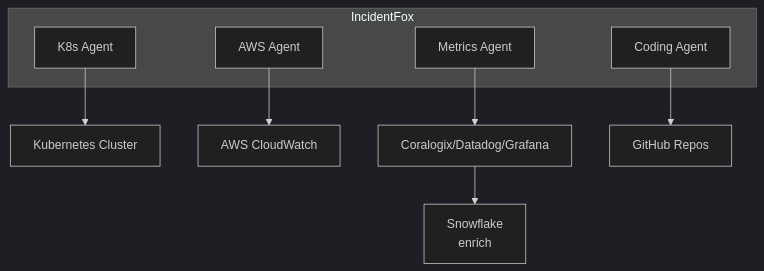
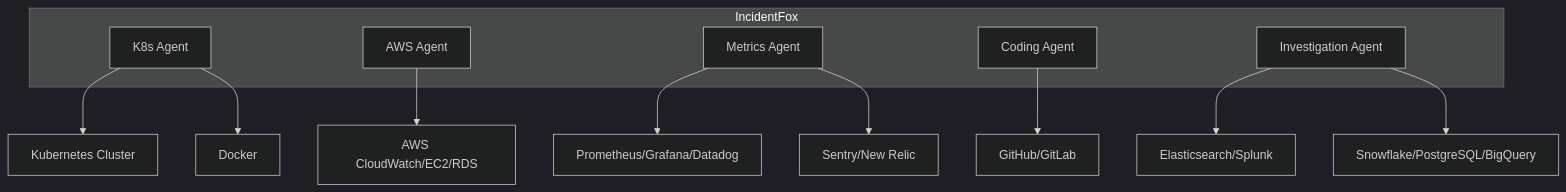
One commit to incidentfox/docs changed the diagram in data-sources/overview.mdx. Above: the diagram before and after it, drawn with Mermaid (dark theme). The commit also changed other lines of this file and 16 other files, not shown here.

Commit message:
docs: update for 300+ tools, dual-agent architecture, RAPTOR KB

````diff
--- a/data-sources/overview.mdx
+++ b/data-sources/overview.mdx
@@ -48,14 +77,18 @@
 ```mermaid
 graph TD
     subgraph IncidentFox
     A[K8s Agent]
     B[AWS Agent]
     C[Metrics Agent]
     D[Coding Agent]
+    E[Investigation Agent]
     end
-    A --> E[Kubernetes Cluster]
-    B --> F[AWS CloudWatch]
-    C --> G[Coralogix/Datadog/Grafana]
-    D --> H[GitHub Repos]
-    G --> I[Snowflake<br/>enrich]
+    A --> F[Kubernetes Cluster]
+    A --> G[Docker]
+    B --> H[AWS CloudWatch/EC2/RDS]
+    C --> I[Prometheus/Grafana/Datadog]
+    C --> J[Sentry/New Relic]
+    D --> K[GitHub/GitLab]
+    E --> L[Elasticsearch/Splunk]
+    E --> M[Snowflake/PostgreSQL/BigQuery]
 ```
````
